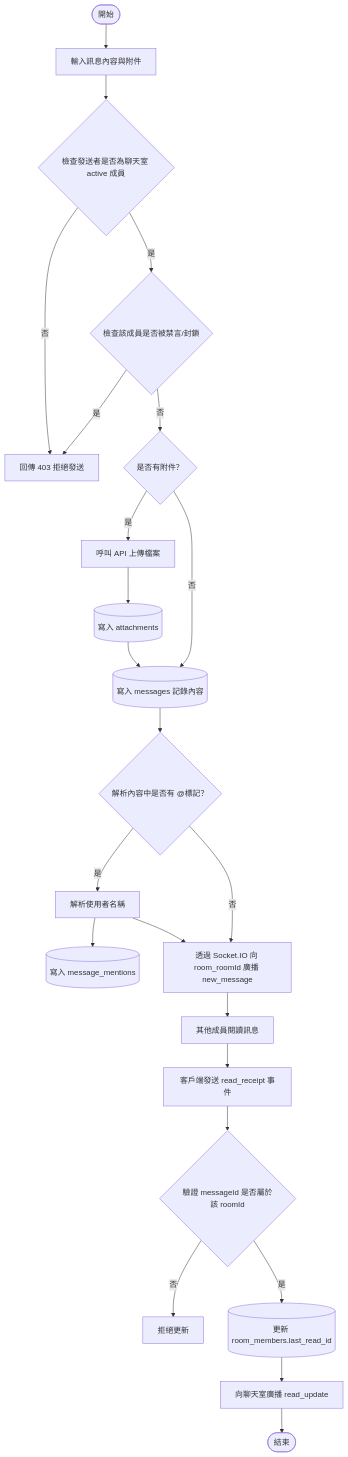
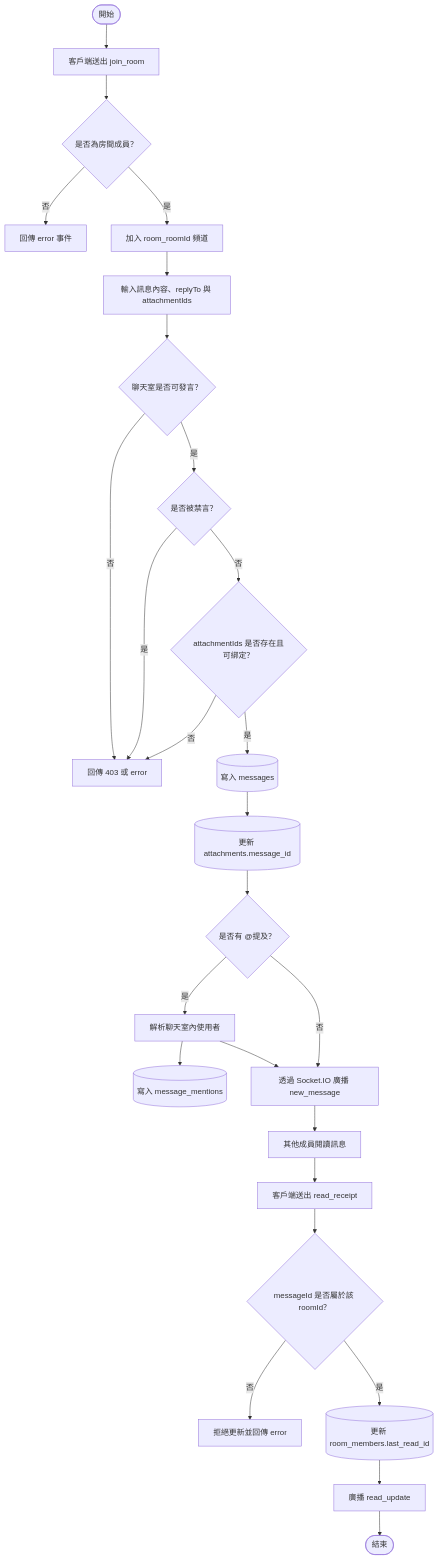
Before and after one commit to nearcsie/near-chat: the fourth of 5 diagrams in docs/report-3.md, drawn with Mermaid. The commit also changed other lines of this file and 1 other file, not shown here.

Commit message:
docs:update report-3 and er-diagram picture

````diff
--- a/docs/report-3.md
+++ b/docs/report-3.md
@@ -272,31 +347,29 @@
 ```mermaid
 flowchart TD
-    Start([開始]) --> MsgInput[輸入訊息內容與附件]
-    MsgInput --> CheckRoomMember{檢查發送者是否為聊天室 active 成員}
-    CheckRoomMember -- 否 --> ErrorDeny[回傳 403 拒絕發送]
-    CheckRoomMember -- 是 --> CheckMuted{檢查該成員是否被禁言/封鎖}
+    Start([開始]) --> JoinRoom[客戶端送出 join_room]
+    JoinRoom --> CheckMembership{是否為房間成員？}
+    CheckMembership -- 否 --> ErrorJoin[回傳 error 事件]
+    CheckMembership -- 是 --> Subscribed[加入 room_roomId 頻道]
+
+    Subscribed --> MsgInput[輸入訊息內容、replyTo 與 attachmentIds]
+    MsgInput --> CheckRoomState{聊天室是否可發言？}
+    CheckRoomState -- 否 --> ErrorDeny[回傳 403 或 error]
+    CheckRoomState -- 是 --> CheckMuted{是否被禁言？}
     CheckMuted -- 是 --> ErrorDeny
-    
-    %% 附件處理
-    CheckMuted -- 否 --> HasAttachment{是否有附件？}
-    HasAttachment -- 是 --> UploadFile[呼叫 API 上傳檔案]
-    UploadFile --> InsertAttach[(寫入 attachments)]
-    InsertAttach --> InsertMsg
-    
-    %% 訊息寫入
-    HasAttachment -- 否 --> InsertMsg[(寫入 messages 記錄內容)]
-    InsertMsg --> ParseMentions{解析內容中是否有 @標記？}
-    ParseMentions -- 是 --> ResolveUsers[解析使用者名稱]
+    CheckMuted -- 否 --> ValidateAttachments{attachmentIds 是否存在且可綁定？}
+    ValidateAttachments -- 否 --> ErrorDeny
+    ValidateAttachments -- 是 --> InsertMsg[(寫入 messages)]
+    InsertMsg --> BindAttachments[(更新 attachments.message_id)]
+    BindAttachments --> ParseMentions{是否有 @提及？}
+    ParseMentions -- 是 --> ResolveUsers[解析聊天室內使用者]
     ResolveUsers --> InsertMentions[(寫入 message_mentions)]
     ResolveUsers --> EmitRealtime
-    
-    ParseMentions -- 否 --> EmitRealtime[透過 Socket.IO 向 room_roomId 廣播 new_message]
-    
-    %% 讀取狀態更新
+    ParseMentions -- 否 --> EmitRealtime[透過 Socket.IO 廣播 new_message]
+
     EmitRealtime --> ReceiversRead[其他成員閱讀訊息]
-    ReceiversRead --> EmitReadReceipt[客戶端發送 read_receipt 事件]
-    EmitReadReceipt --> CheckMsgRoom{驗證 messageId 是否屬於該 roomId}
-    CheckMsgRoom -- 否 --> IgnoreReceipt[拒絕更新]
+    ReceiversRead --> EmitReadReceipt[客戶端送出 read_receipt]
+    EmitReadReceipt --> CheckMsgRoom{messageId 是否屬於該 roomId？}
+    CheckMsgRoom -- 否 --> IgnoreReceipt[拒絕更新並回傳 error]
     CheckMsgRoom -- 是 --> DBUpdateRead[(更新 room_members.last_read_id)]
-    DBUpdateRead --> EmitReadUpdate[向聊天室廣播 read_update] --> End([結束])
+    DBUpdateRead --> EmitReadUpdate[廣播 read_update] --> End([結束])
 ```
````
